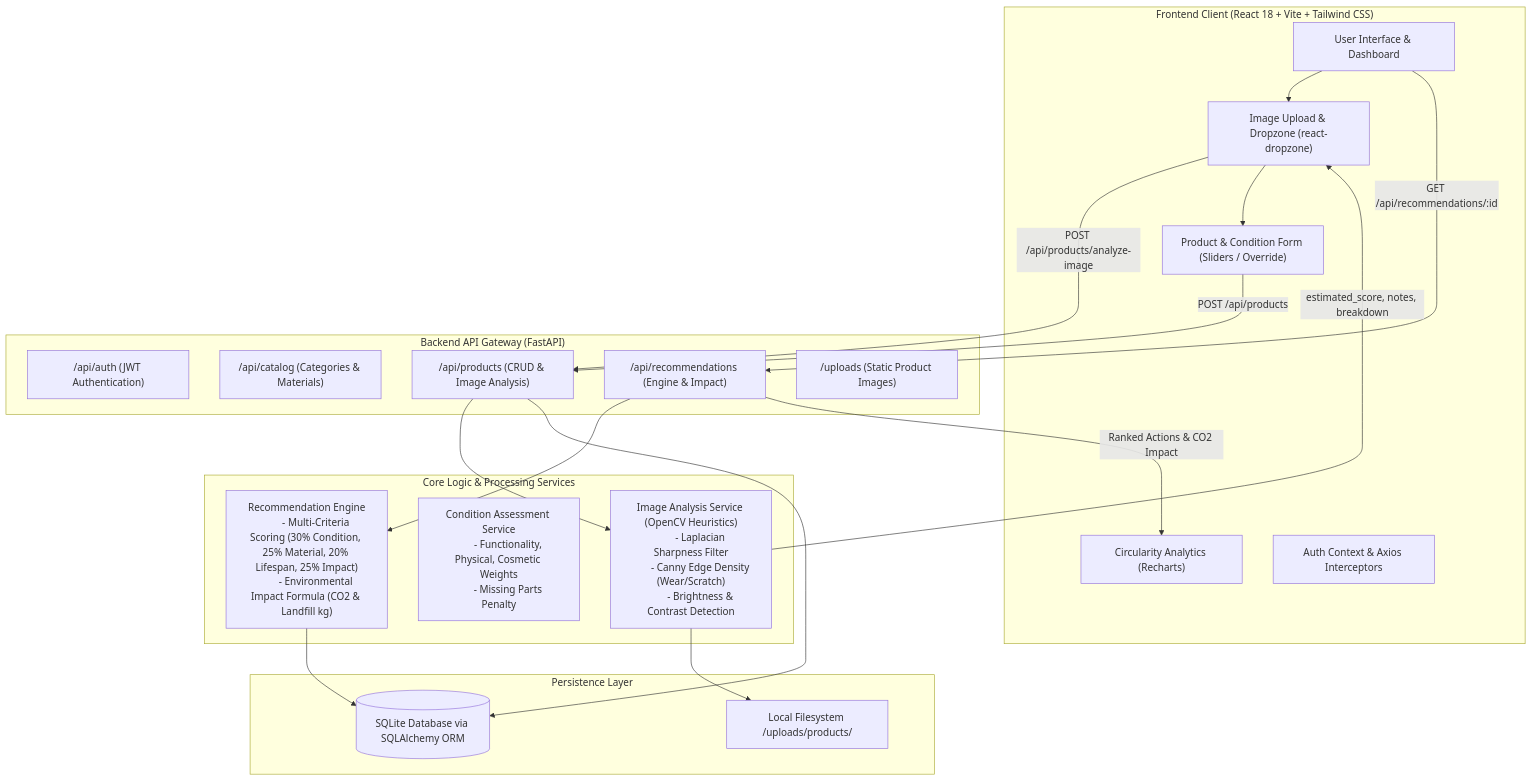
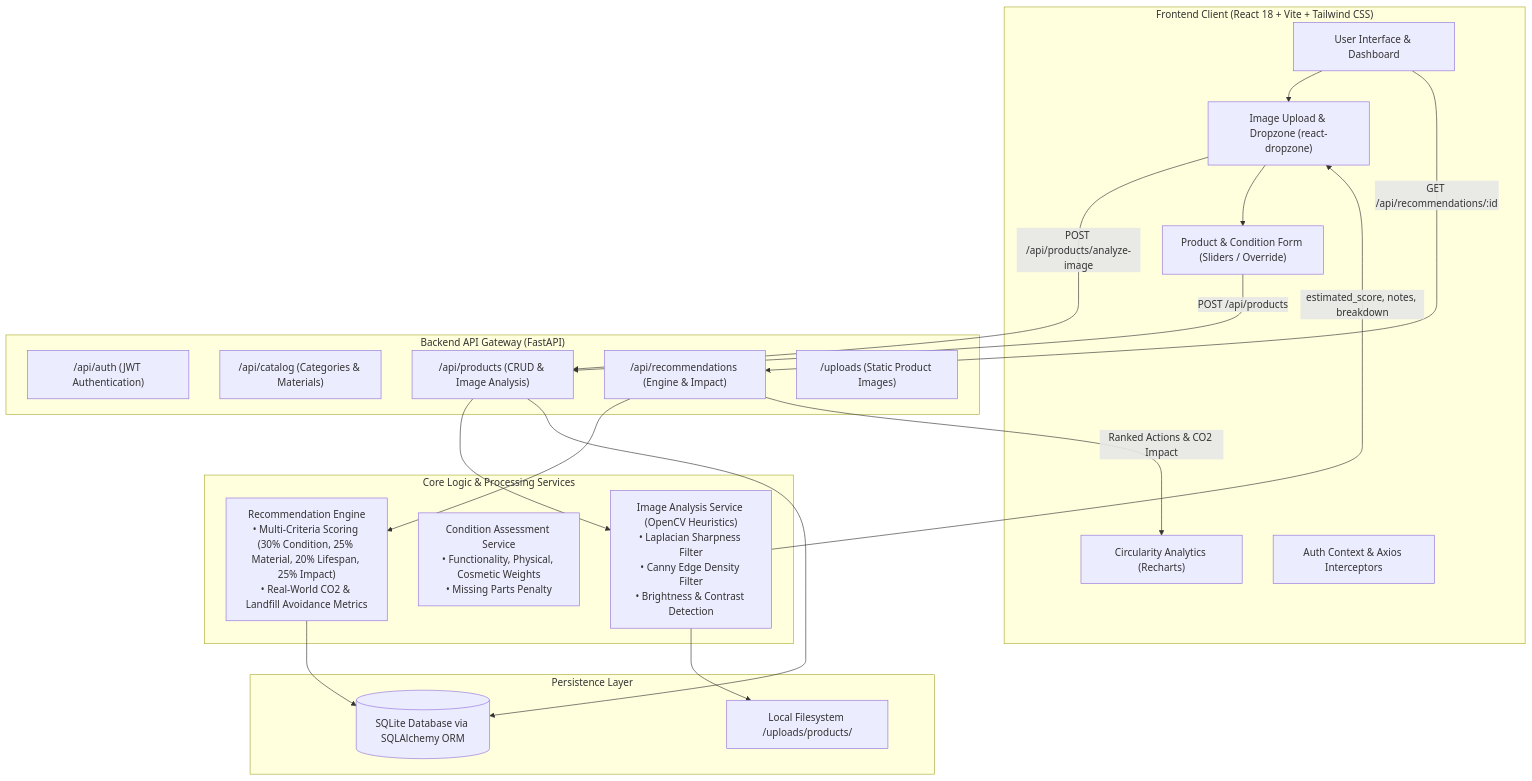
One commit to AviMath2412/circular-economy changed the first of 3 diagrams in README.md. Above: the diagram before and after it, drawn with Mermaid. The commit also changed other lines of this file and 26 other files, not shown here.

````diff
--- a/README.md
+++ b/README.md
@@ -32,54 +32,47 @@
 ```mermaid
-graph TD
+flowchart TD
     subgraph Client["Frontend Client (React 18 + Vite + Tailwind CSS)"]
-        UI[User Interface & Dashboard]
+        UI["User Interface & Dashboard"]
         Dropzone["Image Upload & Dropzone (react-dropzone)"]
         Form["Product & Condition Form (Sliders / Override)"]
         Charts["Circularity Analytics (Recharts)"]
         AuthContext["Auth Context & Axios Interceptors"]
     end
 
     subgraph API["Backend API Gateway (FastAPI)"]
         AuthRouter["/api/auth (JWT Authentication)"]
         CatalogRouter["/api/catalog (Categories & Materials)"]
         ProductRouter["/api/products (CRUD & Image Analysis)"]
         RecRouter["/api/recommendations (Engine & Impact)"]
         StaticServe["/uploads (Static Product Images)"]
     end
 
     subgraph CoreLogics["Core Logic & Processing Services"]
-        CVService["Image Analysis Service (OpenCV Heuristics)
-        - Laplacian Sharpness Filter
-        - Canny Edge Density (Wear/Scratch)
-        - Brightness & Contrast Detection"]
+        CVService["Image Analysis Service (OpenCV Heuristics)<br/>• Laplacian Sharpness Filter<br/>• Canny Edge Density Filter<br/>• Brightness & Contrast Detection"]
         
-        CAService["Condition Assessment Service
-        - Functionality, Physical, Cosmetic Weights
-        - Missing Parts Penalty"]
+        CAService["Condition Assessment Service<br/>• Functionality, Physical, Cosmetic Weights<br/>• Missing Parts Penalty"]
         
-        RecEngine["Recommendation Engine
-        - Multi-Criteria Scoring (30% Condition, 25% Material, 20% Lifespan, 25% Impact)
-        - Environmental Impact Formula (CO2 & Landfill kg)"]
+        RecEngine["Recommendation Engine<br/>• Multi-Criteria Scoring (30% Condition, 25% Material, 20% Lifespan, 25% Impact)<br/>• Real-World CO2 & Landfill Avoidance Metrics"]
     end
 
     subgraph Storage["Persistence Layer"]
-        DB[(SQLite Database via SQLAlchemy ORM)]
-        Disk[Local Filesystem /uploads/products/]
+        DB[("SQLite Database via SQLAlchemy ORM")]
+        Disk["Local Filesystem /uploads/products/"]
     end
 
     %% Interactions
     UI --> Dropzone
     Dropzone -->|POST /api/products/analyze-image| ProductRouter
     ProductRouter --> CVService
     CVService --> Disk
     CVService -->|estimated_score, notes, breakdown| Dropzone
     
     Dropzone --> Form
     Form -->|POST /api/products| ProductRouter
     ProductRouter --> DB
     
     UI -->|GET /api/recommendations/:id| RecRouter
     RecRouter --> RecEngine
     RecEngine --> DB
     RecRouter -->|Ranked Actions & CO2 Impact| Charts
 ```
````
